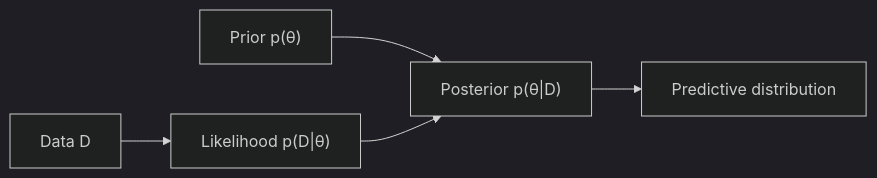
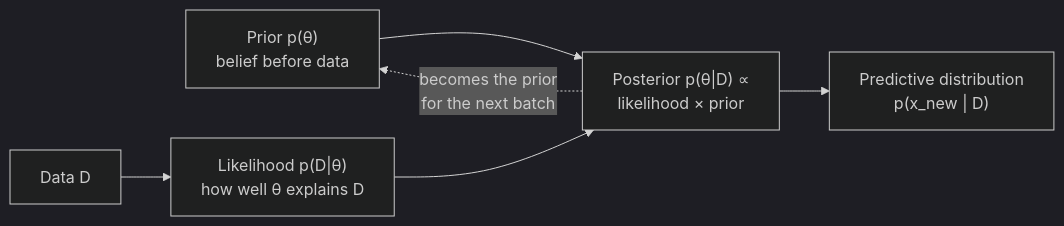
The first of 3 diagrams in roadmap/phase-0-prerequisites/04-probability-statistics.md (ABHIRAM3007/itp), drawn with Mermaid (dark theme) before and after one commit. The commit also changed other lines of this file and 23 other files, not shown here.

````diff
--- a/roadmap/phase-0-prerequisites/04-probability-statistics.md
+++ b/roadmap/phase-0-prerequisites/04-probability-statistics.md
@@ -153,7 +169,8 @@
 ```mermaid
 flowchart LR
-    P["Prior p(θ)"] --> Post["Posterior p(θ|D)"]
-    L["Likelihood p(D|θ)"] --> Post
-    D["Data D"] --> L
-    Post --> Pred["Predictive distribution"]
+    P["Prior p(θ)<br/>belief before data"] --> Post["Posterior p(θ|D) ∝<br/>likelihood × prior"]
+    D["Data D"] --> L["Likelihood p(D|θ)<br/>how well θ explains D"]
+    L --> Post
+    Post --> Pred["Predictive distribution<br/>p(x_new | D)"]
+    Post -. "becomes the prior<br/>for the next batch" .-> P
 ```
````
